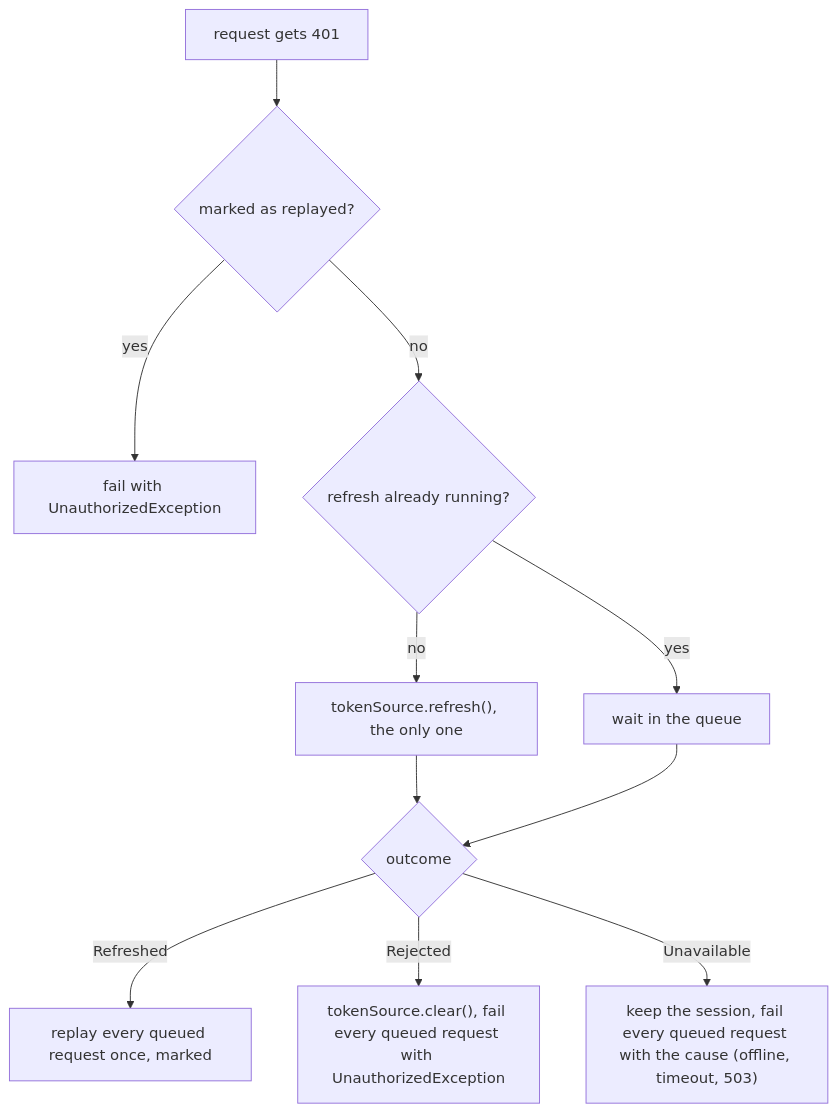
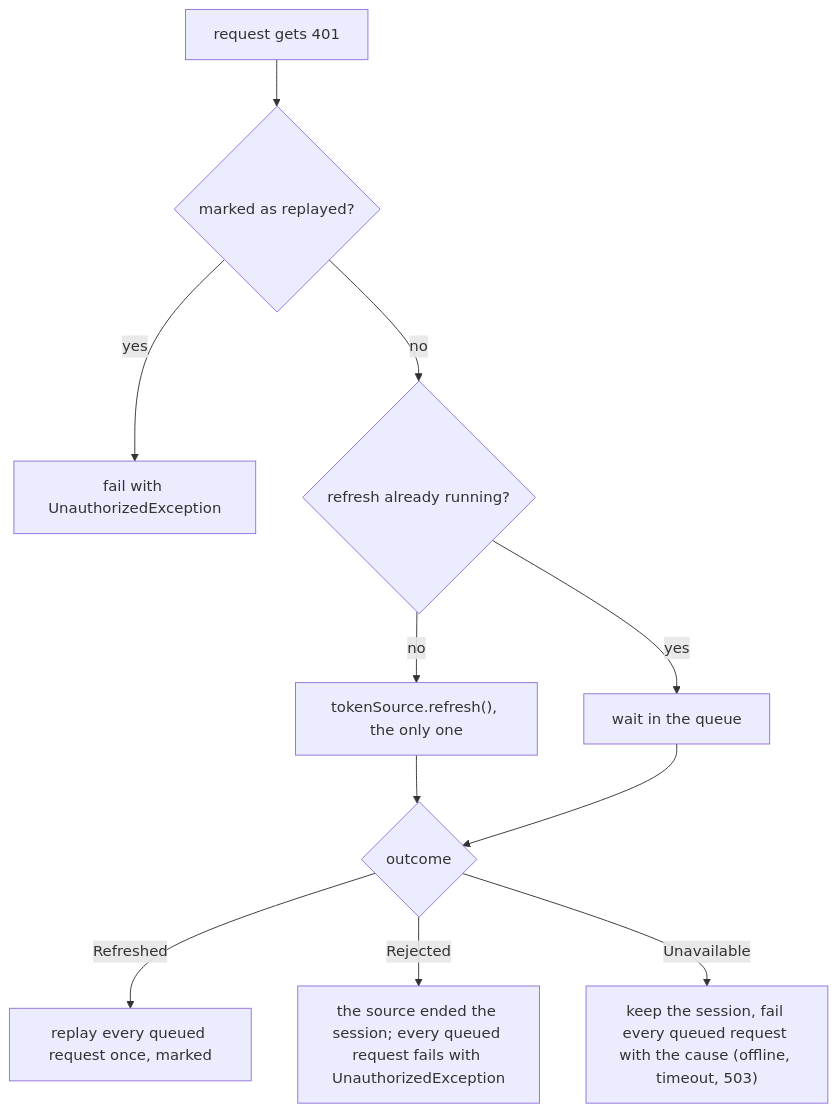
One commit to srctool/sinew changed the diagram in docs/internal/development/guide/02-packages/06-network.mdx. Above: the diagram before and after it, drawn with Mermaid. The commit also changed other lines of this file, not shown here.

````diff
--- a/docs/internal/development/guide/02-packages/06-network.mdx
+++ b/docs/internal/development/guide/02-packages/06-network.mdx
@@ -81,13 +82,13 @@
 ```mermaid
 flowchart TB
     R["request gets 401"] --> M{"marked as replayed?"}
     M -- yes --> FAIL["fail with UnauthorizedException"]
     M -- no --> Q{"refresh already running?"}
     Q -- yes --> W["wait in the queue"]
     Q -- no --> RF["tokenSource.refresh(), the only one"]
     RF --> O{"outcome"}
     O -- Refreshed --> RP["replay every queued request once, marked"]
-    O -- Rejected --> CL["tokenSource.clear(), fail every queued request with UnauthorizedException"]
+    O -- Rejected --> CL["the source ended the session; every queued request fails with UnauthorizedException"]
     O -- Unavailable --> KEEP["keep the session, fail every queued request with the cause (offline, timeout, 503)"]
     W --> O
 ```
````
